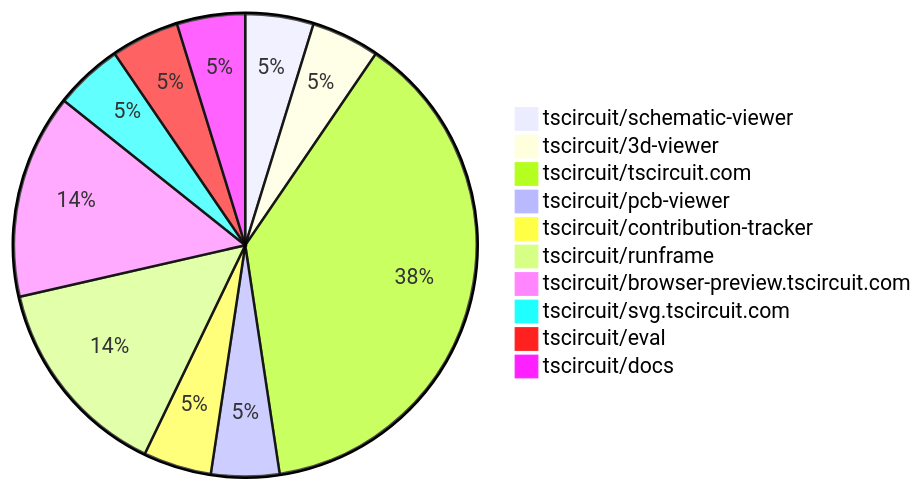
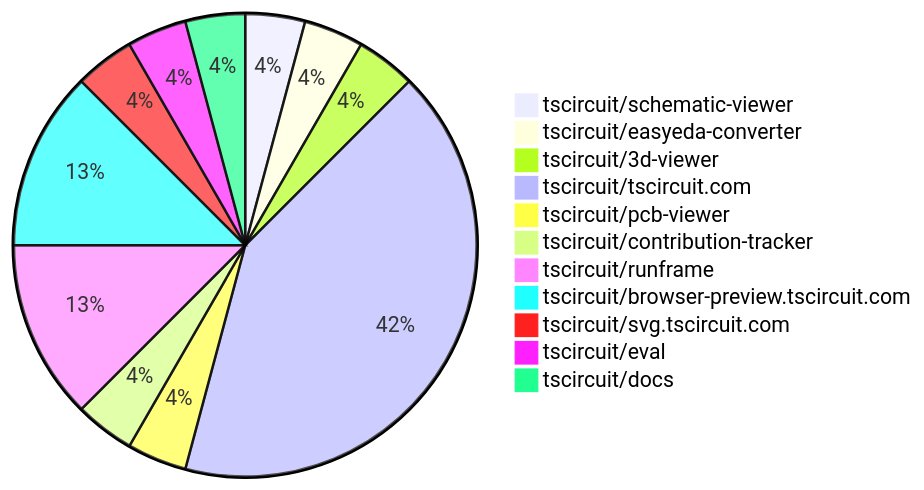
One commit to tscircuit/contribution-tracker changed the diagram in README.md. Above: the diagram before and after it, drawn with Mermaid. The commit also changed other lines of this file and 2 other files, not shown here.

````diff
--- a/README.md
+++ b/README.md
@@ -24,13 +24,14 @@
 ```mermaid
 pie
     "tscircuit/schematic-viewer" : 1
+    "tscircuit/easyeda-converter" : 1
     "tscircuit/3d-viewer" : 1
-    "tscircuit/tscircuit.com" : 8
+    "tscircuit/tscircuit.com" : 10
     "tscircuit/pcb-viewer" : 1
     "tscircuit/contribution-tracker" : 1
     "tscircuit/runframe" : 3
     "tscircuit/browser-preview.tscircuit.com" : 3
     "tscircuit/svg.tscircuit.com" : 1
     "tscircuit/eval" : 1
     "tscircuit/docs" : 1
 ```
````
